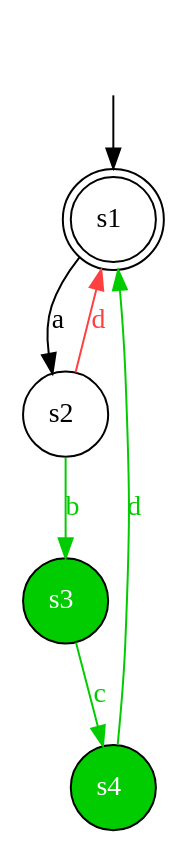
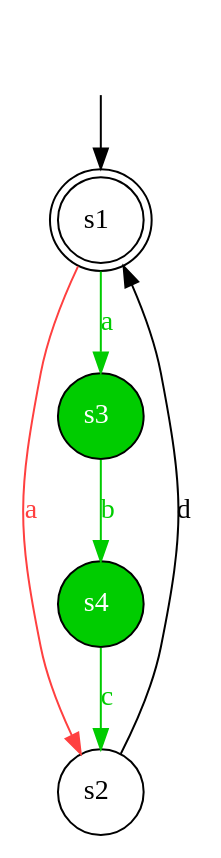
Before and after one commit to TNO/gLTSdiff: the diagram in examples/PostProcessing/result1.dot, drawn with Graphviz. The commit also changed 3 other files, not shown here.

```diff
--- a/examples/PostProcessing/result1.dot
+++ b/examples/PostProcessing/result1.dot
@@ -1,13 +1,13 @@
 digraph diffautomaton {
 	1 [label=<s1> shape="doublecircle"];
 	2 [label=<s2> shape="circle"];
 	3 [label=<s3> shape="circle" fillcolor="#00cc00" fontcolor="#ffffff" style="filled"];
 	4 [label=<s4> shape="circle" fillcolor="#00cc00" fontcolor="#ffffff" style="filled"];
 	__init1 [label=<> shape="none"];
 	__init1 -> 1;
-	1 -> 2 [label=<<font color="#000000">a</font>> id="1-0-2"];
-	2 -> 1 [label=<<font color="#ff4040">d</font>> color="#ff4040" id="2-0-1"];
-	2 -> 3 [label=<<font color="#00cc00">b</font>> color="#00cc00" id="2-1-3"];
-	3 -> 4 [label=<<font color="#00cc00">c</font>> color="#00cc00" id="3-0-4"];
-	4 -> 1 [label=<<font color="#00cc00">d</font>> color="#00cc00" id="4-0-1"];
+	1 -> 2 [label=<<font color="#ff4040">a</font>> color="#ff4040" id="1-0-2"];
+	1 -> 3 [label=<<font color="#00cc00">a</font>> color="#00cc00" id="1-1-3"];
+	2 -> 1 [label=<<font color="#000000">d</font>> id="2-0-1"];
+	3 -> 4 [label=<<font color="#00cc00">b</font>> color="#00cc00" id="3-0-4"];
+	4 -> 2 [label=<<font color="#00cc00">c</font>> color="#00cc00" id="4-0-2"];
 }
```
